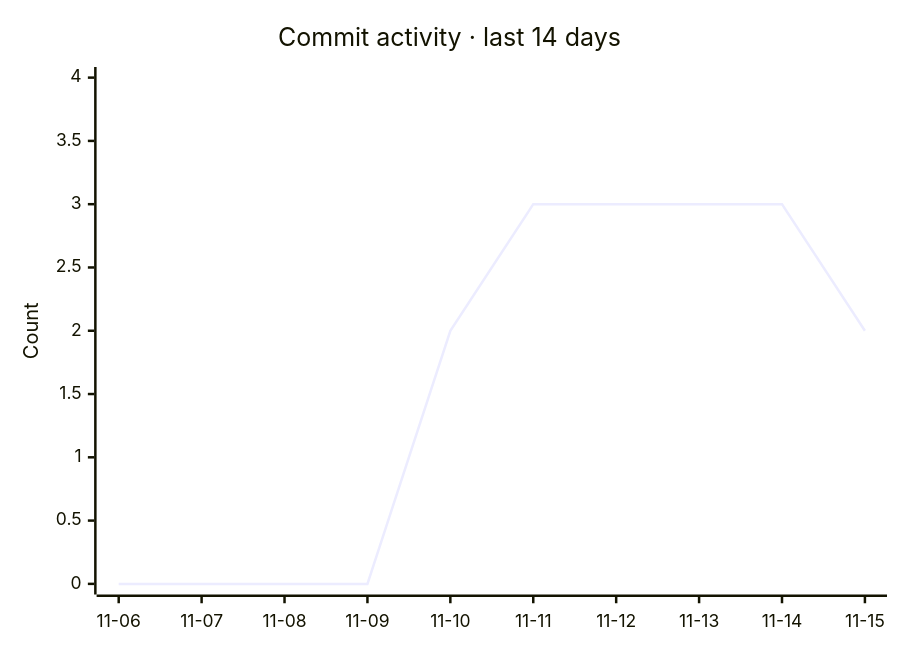
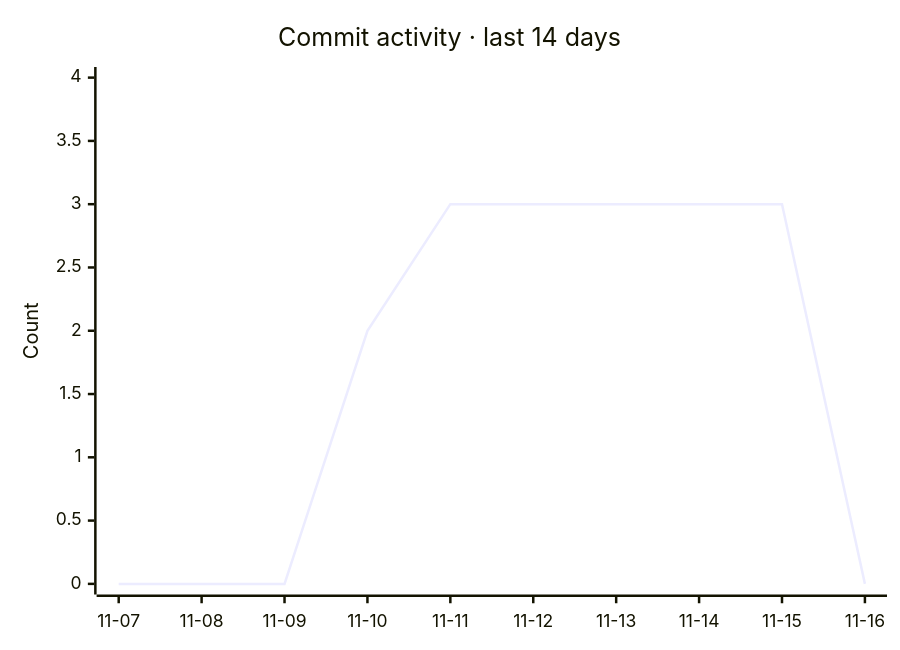
Before and after one commit to razzaqinspires/whiskay-bot: the second of 2 diagrams in README.md, drawn with Mermaid. The commit also changed other lines of this file and 2 other files, not shown here.

Commit message:
chore(metrics): refresh GitHub traffic and update timestamp [skip ci]

````diff
--- a/README.md
+++ b/README.md
@@ -329,7 +329,7 @@
 ```mermaid
 xychart-beta
     title "Commit activity · last 14 days"
-    x-axis ["11-06", "11-07", "11-08", "11-09", "11-10", "11-11", "11-12", "11-13", "11-14", "11-15"]
+    x-axis ["11-07", "11-08", "11-09", "11-10", "11-11", "11-12", "11-13", "11-14", "11-15", "11-16"]
     y-axis "Count" 0 --> 4
-    line [0, 0, 0, 0, 2, 3, 3, 3, 3, 2]
+    line [0, 0, 0, 2, 3, 3, 3, 3, 3, 0]
 ```
````
